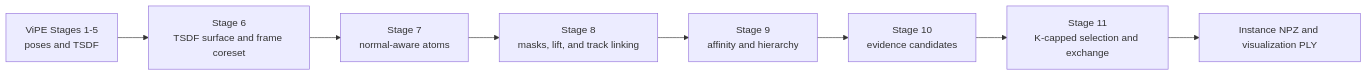
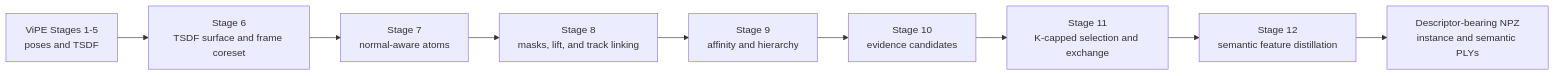
One commit to sadanand1120/vipe changed the diagram in ALGORITHM.md. Above: the diagram before and after it, drawn with Mermaid. The commit also changed other lines of this file and 16 other files, not shown here.

Commit message:
Add semantic feature distillation

````diff
--- a/ALGORITHM.md
+++ b/ALGORITHM.md
@@ -7,10 +7,11 @@
 ```mermaid
 flowchart LR
     V[ViPE Stages 1-5<br/>poses and TSDF] --> S6[Stage 6<br/>TSDF surface and frame coreset]
     S6 --> S7[Stage 7<br/>normal-aware atoms]
     S7 --> S8[Stage 8<br/>masks, lift, and track linking]
     S8 --> S9[Stage 9<br/>affinity and hierarchy]
     S9 --> S10[Stage 10<br/>evidence candidates]
     S10 --> S11[Stage 11<br/>K-capped selection and exchange]
-    S11 --> O[Instance NPZ and visualization PLY]
+    S11 --> S12[Stage 12<br/>semantic feature distillation]
+    S12 --> O[Descriptor-bearing NPZ<br/>instance and semantic PLYs]
 ```
````
